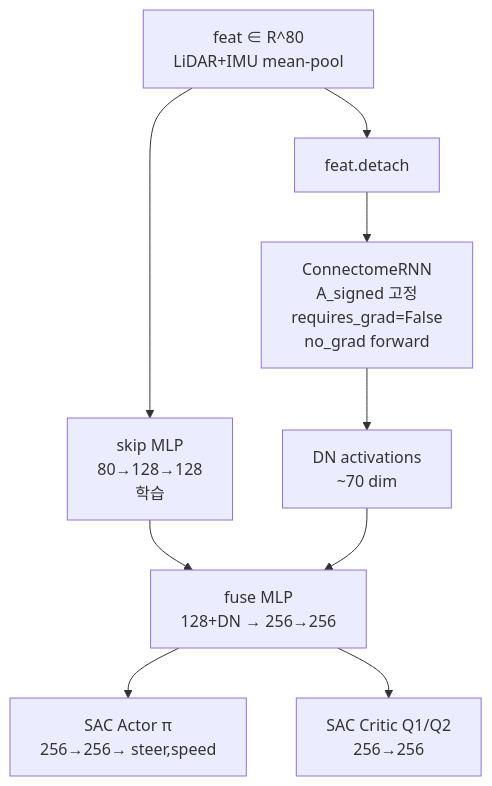
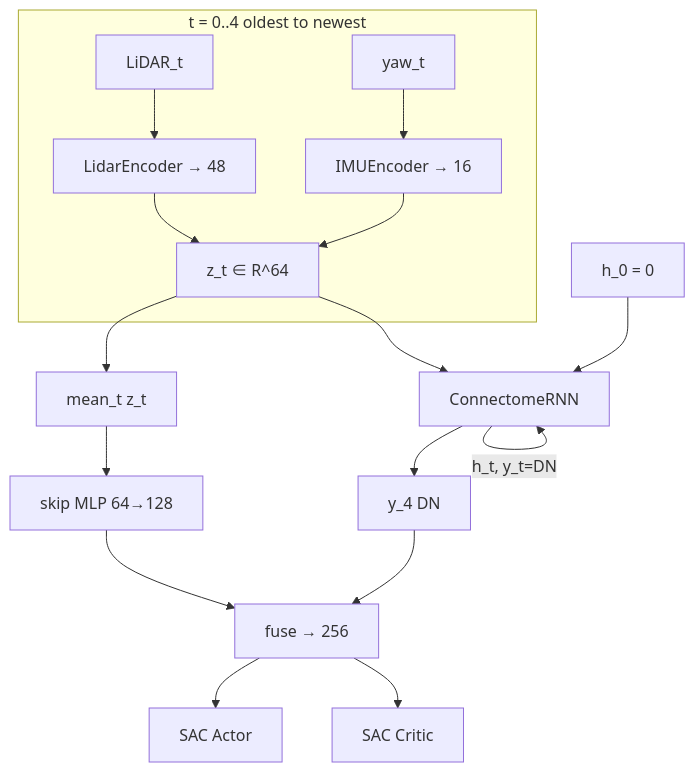
Before and after one commit to tkddn647-ship-it/2027_F1tenth_test: the second of 3 diagrams in README.md, drawn with Mermaid. The commit also changed other lines of this file and 2 other files, not shown here.

First line of the commit message:
Enable learnable connectome temporal unroll and expand theory README.

````diff
--- a/README.md
+++ b/README.md
@@ -104,14 +163,21 @@
 ```mermaid
 flowchart TB
-  FEAT[feat ∈ R^80<br/>LiDAR+IMU mean-pool]
+  subgraph frames [t = 0..4 oldest to newest]
+    L[LiDAR_t] --> LE[LidarEncoder → 48]
+    Y[yaw_t] --> IE[IMUEncoder → 16]
+    LE --> Z[z_t ∈ R^64]
+    IE --> Z
+  end
 
-  FEAT --> SKIP[skip MLP<br/>80→128→128<br/>학습]
-  FEAT --> DET[feat.detach]
-  DET --> BRAIN[ConnectomeRNN<br/>A_signed 고정<br/>requires_grad=False<br/>no_grad forward]
-  BRAIN --> DN[DN activations<br/>~70 dim]
+  Z --> BR[ConnectomeRNN]
+  H0[h_0 = 0] --> BR
+  BR -->|h_t, y_t=DN| BR
+  BR --> Y4[y_4 DN]
 
+  Z --> MEAN[mean_t z_t]
+  MEAN --> SKIP[skip MLP 64→128]
   SKIP --> FUSE
-  DN --> FUSE[fuse MLP<br/>128+DN → 256→256]
-  FUSE --> PI[SAC Actor π<br/>256→256→ steer,speed]
-  FUSE --> Q[SAC Critic Q1/Q2<br/>256→256]
+  Y4 --> FUSE[fuse → 256]
+  FUSE --> PI[SAC Actor]
+  FUSE --> Q[SAC Critic]
 ```
````
